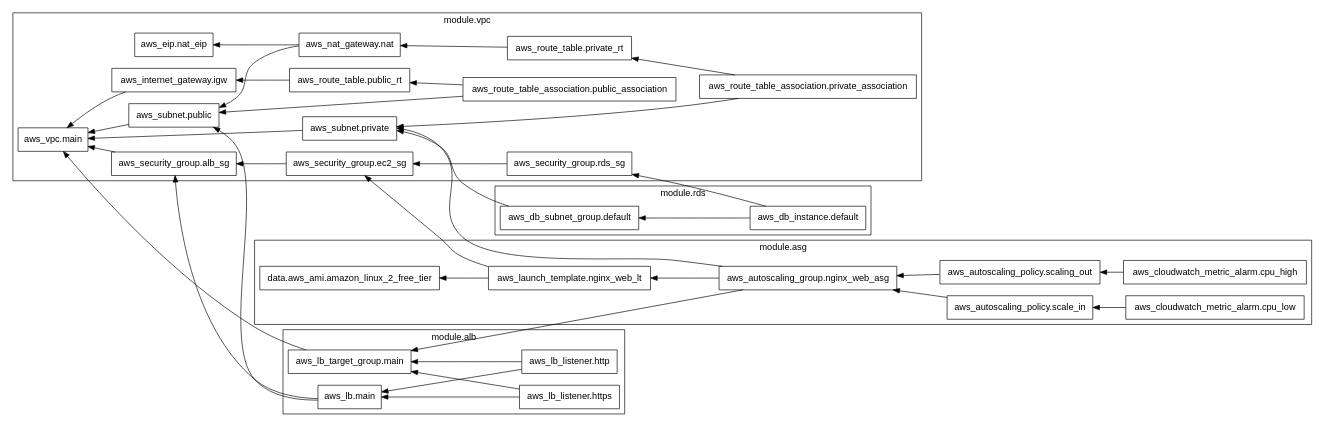
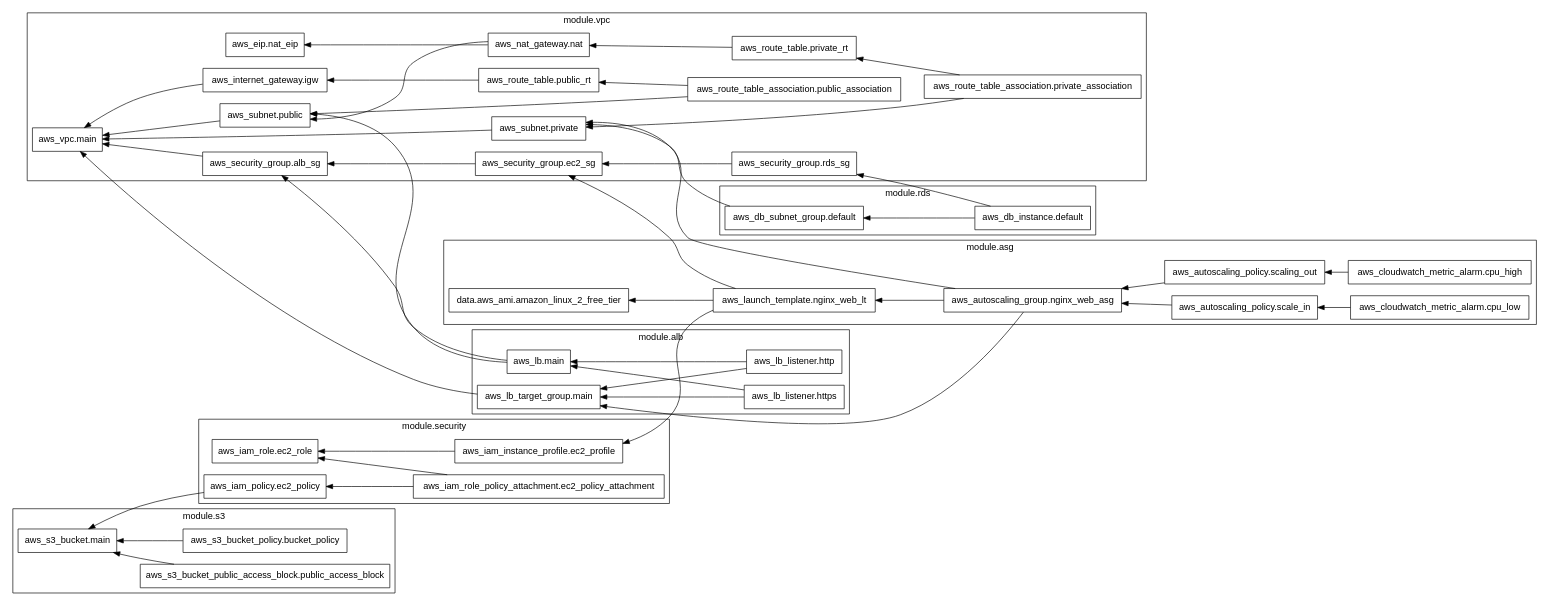
Before and after one commit to DimRev/devops-multitier-app-terraform: the diagram in assets/graph.dot, drawn with Graphviz. The commit also changed 11 other files, not shown here.

Commit message:
feat(security&s3): Add Security module and S3 bucket

```diff
--- a/assets/graph.dot
+++ b/assets/graph.dot
@@ -1,79 +1,101 @@
 digraph G {
   rankdir = "RL";
   node [shape = rect, fontname = "sans-serif"];
   subgraph "cluster_module.alb" {
     label = "module.alb"
     fontname = "sans-serif"
     "module.alb.aws_lb.main" [label="aws_lb.main"];
     "module.alb.aws_lb_listener.http" [label="aws_lb_listener.http"];
     "module.alb.aws_lb_listener.https" [label="aws_lb_listener.https"];
     "module.alb.aws_lb_target_group.main" [label="aws_lb_target_group.main"];
   }
   subgraph "cluster_module.asg" {
     label = "module.asg"
     fontname = "sans-serif"
     "module.asg.data.aws_ami.amazon_linux_2_free_tier" [label="data.aws_ami.amazon_linux_2_free_tier"];
     "module.asg.aws_autoscaling_group.nginx_web_asg" [label="aws_autoscaling_group.nginx_web_asg"];
     "module.asg.aws_autoscaling_policy.scale_in" [label="aws_autoscaling_policy.scale_in"];
     "module.asg.aws_autoscaling_policy.scaling_out" [label="aws_autoscaling_policy.scaling_out"];
     "module.asg.aws_cloudwatch_metric_alarm.cpu_high" [label="aws_cloudwatch_metric_alarm.cpu_high"];
     "module.asg.aws_cloudwatch_metric_alarm.cpu_low" [label="aws_cloudwatch_metric_alarm.cpu_low"];
     "module.asg.aws_launch_template.nginx_web_lt" [label="aws_launch_template.nginx_web_lt"];
   }
   subgraph "cluster_module.rds" {
     label = "module.rds"
     fontname = "sans-serif"
     "module.rds.aws_db_instance.default" [label="aws_db_instance.default"];
     "module.rds.aws_db_subnet_group.default" [label="aws_db_subnet_group.default"];
+  }
+  subgraph "cluster_module.s3" {
+    label = "module.s3"
+    fontname = "sans-serif"
+    "module.s3.aws_s3_bucket.main" [label="aws_s3_bucket.main"];
+    "module.s3.aws_s3_bucket_policy.bucket_policy" [label="aws_s3_bucket_policy.bucket_policy"];
+    "module.s3.aws_s3_bucket_public_access_block.public_access_block" [label="aws_s3_bucket_public_access_block.public_access_block"];
+  }
+  subgraph "cluster_module.security" {
+    label = "module.security"
+    fontname = "sans-serif"
+    "module.security.aws_iam_instance_profile.ec2_profile" [label="aws_iam_instance_profile.ec2_profile"];
+    "module.security.aws_iam_policy.ec2_policy" [label="aws_iam_policy.ec2_policy"];
+    "module.security.aws_iam_role.ec2_role" [label="aws_iam_role.ec2_role"];
+    "module.security.aws_iam_role_policy_attachment.ec2_policy_attachment" [label="aws_iam_role_policy_attachment.ec2_policy_attachment"];
   }
   subgraph "cluster_module.vpc" {
     label = "module.vpc"
     fontname = "sans-serif"
     "module.vpc.aws_eip.nat_eip" [label="aws_eip.nat_eip"];
     "module.vpc.aws_internet_gateway.igw" [label="aws_internet_gateway.igw"];
     "module.vpc.aws_nat_gateway.nat" [label="aws_nat_gateway.nat"];
     "module.vpc.aws_route_table.private_rt" [label="aws_route_table.private_rt"];
     "module.vpc.aws_route_table.public_rt" [label="aws_route_table.public_rt"];
     "module.vpc.aws_route_table_association.private_association" [label="aws_route_table_association.private_association"];
     "module.vpc.aws_route_table_association.public_association" [label="aws_route_table_association.public_association"];
     "module.vpc.aws_security_group.alb_sg" [label="aws_security_group.alb_sg"];
     "module.vpc.aws_security_group.ec2_sg" [label="aws_security_group.ec2_sg"];
     "module.vpc.aws_security_group.rds_sg" [label="aws_security_group.rds_sg"];
     "module.vpc.aws_subnet.private" [label="aws_subnet.private"];
     "module.vpc.aws_subnet.public" [label="aws_subnet.public"];
     "module.vpc.aws_vpc.main" [label="aws_vpc.main"];
   }
   "module.alb.aws_lb.main" -> "module.vpc.aws_security_group.alb_sg";
   "module.alb.aws_lb.main" -> "module.vpc.aws_subnet.public";
   "module.alb.aws_lb_listener.http" -> "module.alb.aws_lb.main";
   "module.alb.aws_lb_listener.http" -> "module.alb.aws_lb_target_group.main";
   "module.alb.aws_lb_listener.https" -> "module.alb.aws_lb.main";
   "module.alb.aws_lb_listener.https" -> "module.alb.aws_lb_target_group.main";
   "module.alb.aws_lb_target_group.main" -> "module.vpc.aws_vpc.main";
   "module.asg.aws_autoscaling_group.nginx_web_asg" -> "module.alb.aws_lb_target_group.main";
   "module.asg.aws_autoscaling_group.nginx_web_asg" -> "module.asg.aws_launch_template.nginx_web_lt";
   "module.asg.aws_autoscaling_group.nginx_web_asg" -> "module.vpc.aws_subnet.private";
   "module.asg.aws_autoscaling_policy.scale_in" -> "module.asg.aws_autoscaling_group.nginx_web_asg";
   "module.asg.aws_autoscaling_policy.scaling_out" -> "module.asg.aws_autoscaling_group.nginx_web_asg";
   "module.asg.aws_cloudwatch_metric_alarm.cpu_high" -> "module.asg.aws_autoscaling_policy.scaling_out";
   "module.asg.aws_cloudwatch_metric_alarm.cpu_low" -> "module.asg.aws_autoscaling_policy.scale_in";
   "module.asg.aws_launch_template.nginx_web_lt" -> "module.asg.data.aws_ami.amazon_linux_2_free_tier";
+  "module.asg.aws_launch_template.nginx_web_lt" -> "module.security.aws_iam_instance_profile.ec2_profile";
   "module.asg.aws_launch_template.nginx_web_lt" -> "module.vpc.aws_security_group.ec2_sg";
   "module.rds.aws_db_instance.default" -> "module.rds.aws_db_subnet_group.default";
   "module.rds.aws_db_instance.default" -> "module.vpc.aws_security_group.rds_sg";
   "module.rds.aws_db_subnet_group.default" -> "module.vpc.aws_subnet.private";
+  "module.s3.aws_s3_bucket_policy.bucket_policy" -> "module.s3.aws_s3_bucket.main";
+  "module.s3.aws_s3_bucket_public_access_block.public_access_block" -> "module.s3.aws_s3_bucket.main";
+  "module.security.aws_iam_instance_profile.ec2_profile" -> "module.security.aws_iam_role.ec2_role";
+  "module.security.aws_iam_policy.ec2_policy" -> "module.s3.aws_s3_bucket.main";
+  "module.security.aws_iam_role_policy_attachment.ec2_policy_attachment" -> "module.security.aws_iam_policy.ec2_policy";
+  "module.security.aws_iam_role_policy_attachment.ec2_policy_attachment" -> "module.security.aws_iam_role.ec2_role";
   "module.vpc.aws_internet_gateway.igw" -> "module.vpc.aws_vpc.main";
   "module.vpc.aws_nat_gateway.nat" -> "module.vpc.aws_eip.nat_eip";
   "module.vpc.aws_nat_gateway.nat" -> "module.vpc.aws_subnet.public";
   "module.vpc.aws_route_table.private_rt" -> "module.vpc.aws_nat_gateway.nat";
   "module.vpc.aws_route_table.public_rt" -> "module.vpc.aws_internet_gateway.igw";
   "module.vpc.aws_route_table_association.private_association" -> "module.vpc.aws_route_table.private_rt";
   "module.vpc.aws_route_table_association.private_association" -> "module.vpc.aws_subnet.private";
   "module.vpc.aws_route_table_association.public_association" -> "module.vpc.aws_route_table.public_rt";
   "module.vpc.aws_route_table_association.public_association" -> "module.vpc.aws_subnet.public";
   "module.vpc.aws_security_group.alb_sg" -> "module.vpc.aws_vpc.main";
   "module.vpc.aws_security_group.ec2_sg" -> "module.vpc.aws_security_group.alb_sg";
   "module.vpc.aws_security_group.rds_sg" -> "module.vpc.aws_security_group.ec2_sg";
   "module.vpc.aws_subnet.private" -> "module.vpc.aws_vpc.main";
   "module.vpc.aws_subnet.public" -> "module.vpc.aws_vpc.main";
 }
```
